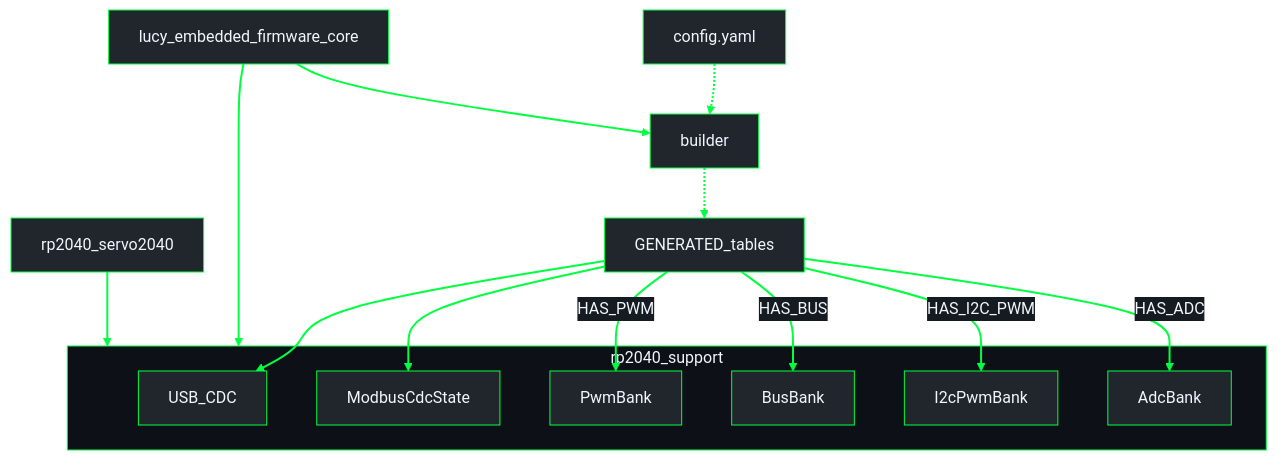
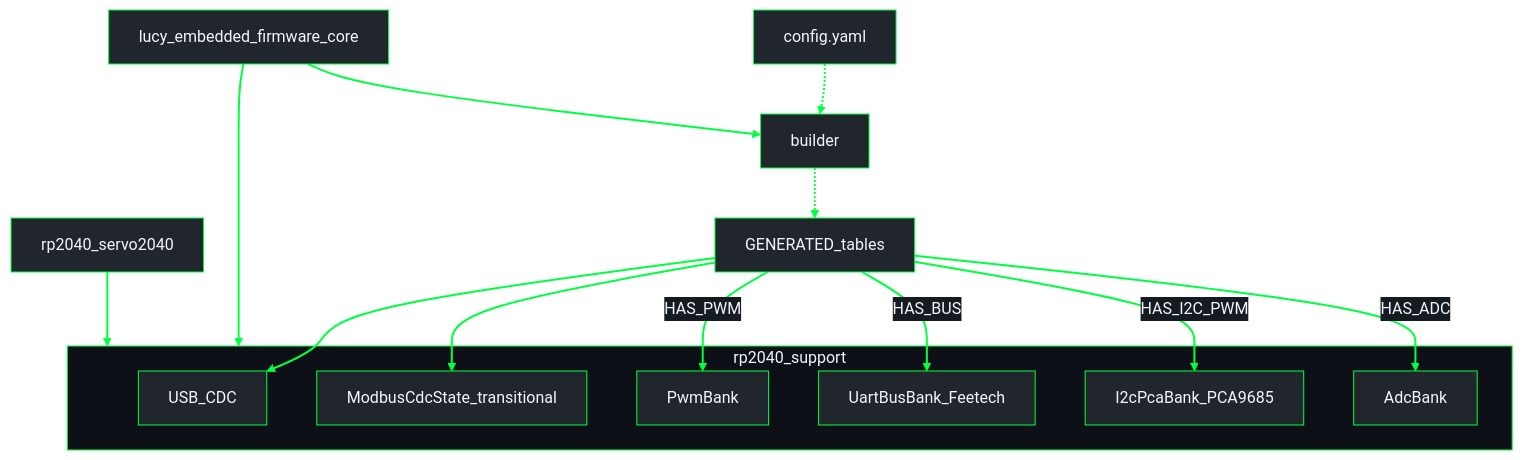
Before and after one commit to Lucy-Robotics/lucy_embedded_firmware: the second of 3 diagrams in docs/architecture/firmware.md, drawn with Mermaid. The commit also changed other lines of this file and 1 other file, not shown here.

Commit message:
evol(architecture): dual SO101 paths, UART Feetech, HI f64 SHM

````diff
--- a/docs/architecture/firmware.md
+++ b/docs/architecture/firmware.md
@@ -12,25 +47,25 @@
 ```mermaid
 %%{init: {"theme": "base", "themeVariables": {"darkMode": true, "background": "#0d1117", "mainBkg": "#21262d", "primaryColor": "#21262d", "primaryTextColor": "#f0f6fc", "primaryBorderColor": "#00FF41", "secondaryColor": "#161b22", "secondaryTextColor": "#f0f6fc", "secondaryBorderColor": "#00FF41", "tertiaryColor": "#161b22", "tertiaryTextColor": "#f0f6fc", "tertiaryBorderColor": "#00FF41", "lineColor": "#00FF41", "textColor": "#f0f6fc", "nodeTextColor": "#f0f6fc", "edgeLabelBackground": "#161b22", "clusterBkg": "#0d1117", "clusterBorder": "#00FF41", "titleColor": "#f0f6fc"}}}%%
 flowchart TB
   YAML["config.yaml"] -.-> Builder["builder"]
   Builder -.-> Cfg["GENERATED_tables"]
   subgraph support ["rp2040_support"]
     USB["USB_CDC"]
-    Modbus["ModbusCdcState"]
+    Modbus["ModbusCdcState_transitional"]
     PWM["PwmBank"]
-    Bus["BusBank"]
-    I2C["I2cPwmBank"]
+    UartBus["UartBusBank_Feetech"]
+    I2C["I2cPcaBank_PCA9685"]
     ADC["AdcBank"]
   end
   Cfg --> USB
   Cfg --> Modbus
   Cfg -->|"HAS_PWM"| PWM
-  Cfg -->|"HAS_BUS"| Bus
+  Cfg -->|"HAS_BUS"| UartBus
   Cfg -->|"HAS_I2C_PWM"| I2C
   Cfg -->|"HAS_ADC"| ADC
   Core["lucy_embedded_firmware_core"]
   Core --> Builder
   Core --> support
   S2040["rp2040_servo2040"] --> support
   linkStyle default stroke:#00FF41,stroke-width:2px
 ```
````
